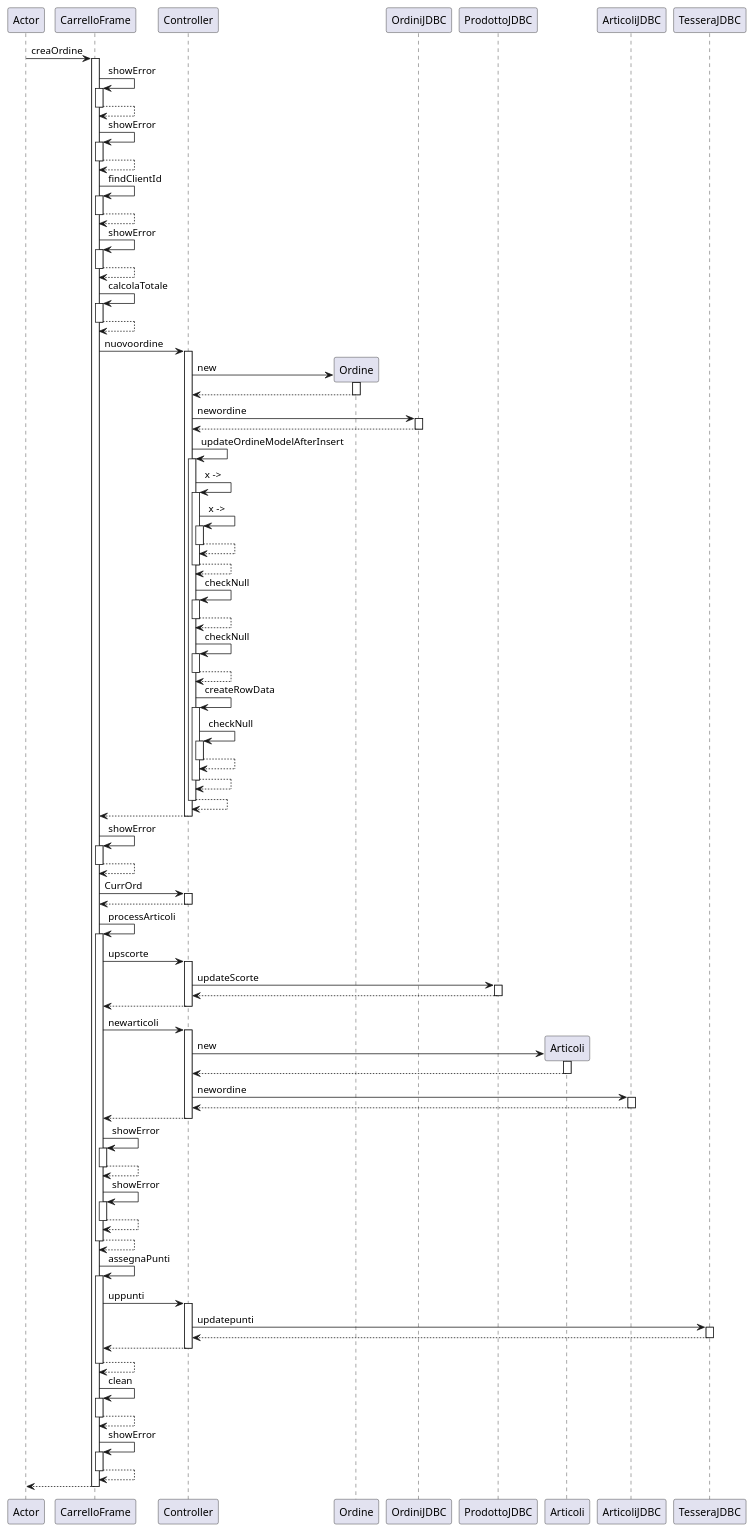
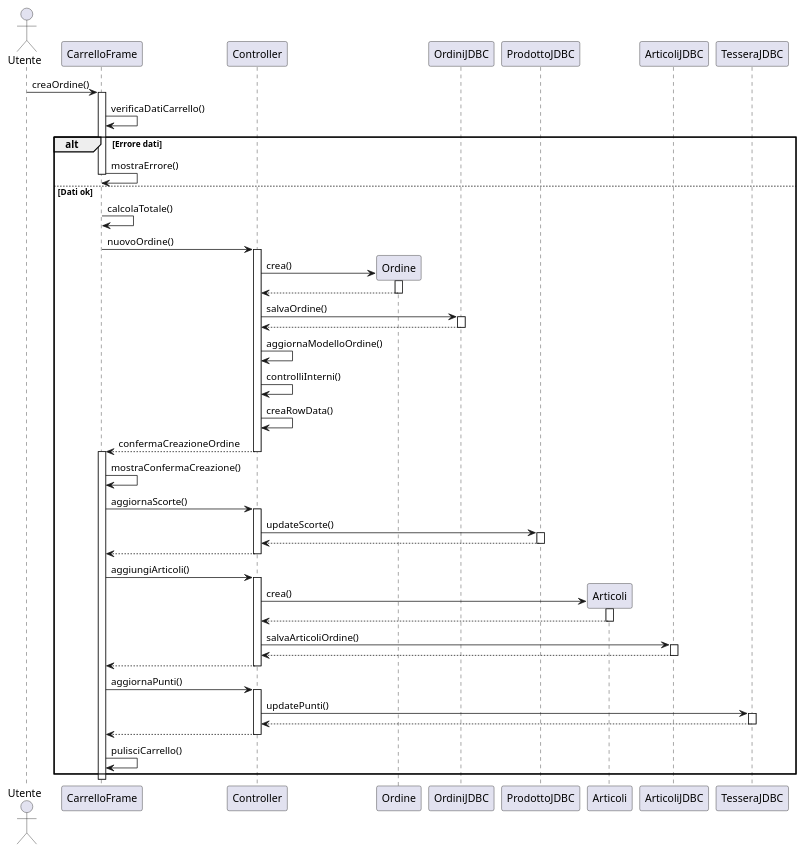
The diagram in Progetto-OO/diagram/CreaOrdine-SD.puml (GinoPT97/UniDevPortfolio), drawn with PlantUML before and after one commit.

Commit message:
feat: semplifica il diagramma delle classi per CreaOrdine rimuovendo codice ridondante e migliorando la chiarezza

```diff
--- a/Progetto-OO/diagram/CreaOrdine-SD.puml
+++ b/Progetto-OO/diagram/CreaOrdine-SD.puml
@@ -1,129 +1,72 @@
 @startuml CreaOrdine-SD
+actor Utente
+participant CarrelloFrame
+participant Controller
+participant Ordine
+participant OrdiniJDBC
+participant ProdottoJDBC
+participant Articoli
+participant ArticoliJDBC
+participant TesseraJDBC
 
-participant Actor
-Actor -> CarrelloFrame : creaOrdine
+Utente -> CarrelloFrame : creaOrdine()
 activate CarrelloFrame
-CarrelloFrame -> CarrelloFrame : showError
-activate CarrelloFrame
-CarrelloFrame --> CarrelloFrame
+CarrelloFrame -> CarrelloFrame : verificaDatiCarrello()
+alt Errore dati
+    CarrelloFrame -> CarrelloFrame : mostraErrore()
+    deactivate CarrelloFrame
+else Dati ok
+    CarrelloFrame -> CarrelloFrame : calcolaTotale()
+    CarrelloFrame -> Controller : nuovoOrdine()
+    deactivate CarrelloFrame
+    activate Controller
+    create Ordine
+    Controller -> Ordine : crea()
+    activate Ordine
+    Ordine --> Controller
+    deactivate Ordine
+    Controller -> OrdiniJDBC : salvaOrdine()
+    activate OrdiniJDBC
+    OrdiniJDBC --> Controller
+    deactivate OrdiniJDBC
+    Controller -> Controller : aggiornaModelloOrdine()
+    Controller -> Controller : controlliInterni()
+    Controller -> Controller : creaRowData()
+    Controller --> CarrelloFrame : confermaCreazioneOrdine
+    deactivate Controller
+    activate CarrelloFrame
+    CarrelloFrame -> CarrelloFrame : mostraConfermaCreazione()
+    CarrelloFrame -> Controller : aggiornaScorte()
+    activate Controller
+    Controller -> ProdottoJDBC : updateScorte()
+    activate ProdottoJDBC
+    ProdottoJDBC --> Controller
+    deactivate ProdottoJDBC
+    Controller --> CarrelloFrame
+    deactivate Controller
+    CarrelloFrame -> Controller : aggiungiArticoli()
+    activate Controller
+    create Articoli
+    Controller -> Articoli : crea()
+    activate Articoli
+    Articoli --> Controller
+    deactivate Articoli
+    Controller -> ArticoliJDBC : salvaArticoliOrdine()
+    activate ArticoliJDBC
+    ArticoliJDBC --> Controller
+    deactivate ArticoliJDBC
+    Controller --> CarrelloFrame
+    deactivate Controller
+    CarrelloFrame -> Controller : aggiornaPunti()
+    activate Controller
+    Controller -> TesseraJDBC : updatePunti()
+    activate TesseraJDBC
+    TesseraJDBC --> Controller
+    deactivate TesseraJDBC
+    Controller --> CarrelloFrame
+    deactivate Controller
+    CarrelloFrame -> CarrelloFrame : pulisciCarrello()
+end
 deactivate CarrelloFrame
-CarrelloFrame -> CarrelloFrame : showError
-activate CarrelloFrame
-CarrelloFrame --> CarrelloFrame
-deactivate CarrelloFrame
-CarrelloFrame -> CarrelloFrame : findClientId
-activate CarrelloFrame
-CarrelloFrame --> CarrelloFrame
-deactivate CarrelloFrame
-CarrelloFrame -> CarrelloFrame : showError
-activate CarrelloFrame
-CarrelloFrame --> CarrelloFrame
-deactivate CarrelloFrame
-CarrelloFrame -> CarrelloFrame : calcolaTotale
-activate CarrelloFrame
-CarrelloFrame --> CarrelloFrame
-deactivate CarrelloFrame
-CarrelloFrame -> Controller : nuovoordine
-activate Controller
-create Ordine
-Controller -> Ordine : new
-activate Ordine
-Ordine --> Controller
-deactivate Ordine
-Controller -> OrdiniJDBC : newordine
-activate OrdiniJDBC
-OrdiniJDBC --> Controller
-deactivate OrdiniJDBC
-Controller -> Controller : updateOrdineModelAfterInsert
-activate Controller
-Controller -> Controller : x ->
-activate Controller
-Controller -> Controller : x ->
-activate Controller
-Controller --> Controller
-deactivate Controller
-Controller --> Controller
-deactivate Controller
-Controller -> Controller : checkNull
-activate Controller
-Controller --> Controller
-deactivate Controller
-Controller -> Controller : checkNull
-activate Controller
-Controller --> Controller
-deactivate Controller
-Controller -> Controller : createRowData
-activate Controller
-Controller -> Controller : checkNull
-activate Controller
-Controller --> Controller
-deactivate Controller
-Controller --> Controller
-deactivate Controller
-Controller --> Controller
-deactivate Controller
-Controller --> CarrelloFrame
-deactivate Controller
-CarrelloFrame -> CarrelloFrame : showError
-activate CarrelloFrame
-CarrelloFrame --> CarrelloFrame
-deactivate CarrelloFrame
-CarrelloFrame -> Controller : CurrOrd
-activate Controller
-Controller --> CarrelloFrame
-deactivate Controller
-CarrelloFrame -> CarrelloFrame : processArticoli
-activate CarrelloFrame
-CarrelloFrame -> Controller : upscorte
-activate Controller
-Controller -> ProdottoJDBC : updateScorte
-activate ProdottoJDBC
-ProdottoJDBC --> Controller
-deactivate ProdottoJDBC
-Controller --> CarrelloFrame
-deactivate Controller
-CarrelloFrame -> Controller : newarticoli
-activate Controller
-create Articoli
-Controller -> Articoli : new
-activate Articoli
-Articoli --> Controller
-deactivate Articoli
-Controller -> ArticoliJDBC : newordine
-activate ArticoliJDBC
-ArticoliJDBC --> Controller
-deactivate ArticoliJDBC
-Controller --> CarrelloFrame
-deactivate Controller
-CarrelloFrame -> CarrelloFrame : showError
-activate CarrelloFrame
-CarrelloFrame --> CarrelloFrame
-deactivate CarrelloFrame
-CarrelloFrame -> CarrelloFrame : showError
-activate CarrelloFrame
-CarrelloFrame --> CarrelloFrame
-deactivate CarrelloFrame
-CarrelloFrame --> CarrelloFrame
-deactivate CarrelloFrame
-CarrelloFrame -> CarrelloFrame : assegnaPunti
-activate CarrelloFrame
-CarrelloFrame -> Controller : uppunti
-activate Controller
-Controller -> TesseraJDBC : updatepunti
-activate TesseraJDBC
-TesseraJDBC --> Controller
-deactivate TesseraJDBC
-Controller --> CarrelloFrame
-deactivate Controller
-CarrelloFrame --> CarrelloFrame
-deactivate CarrelloFrame
-CarrelloFrame -> CarrelloFrame : clean
-activate CarrelloFrame
-CarrelloFrame --> CarrelloFrame
-deactivate CarrelloFrame
-CarrelloFrame -> CarrelloFrame : showError
-activate CarrelloFrame
-CarrelloFrame --> CarrelloFrame
-deactivate CarrelloFrame
-return
+
 @enduml
```
